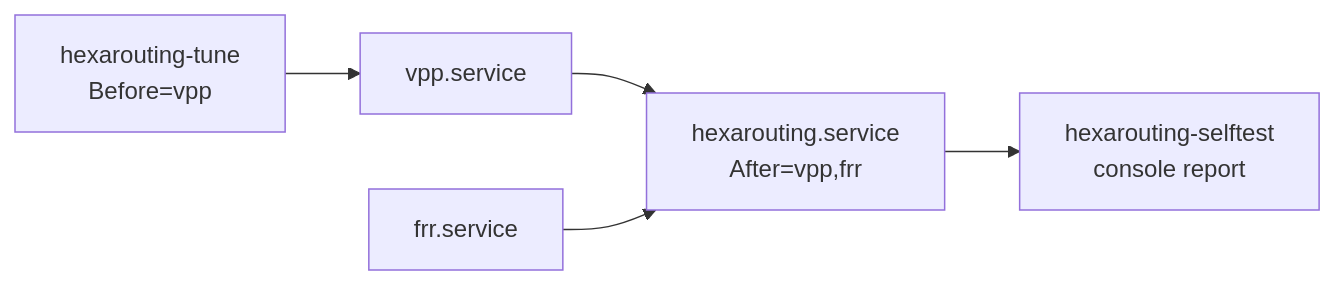
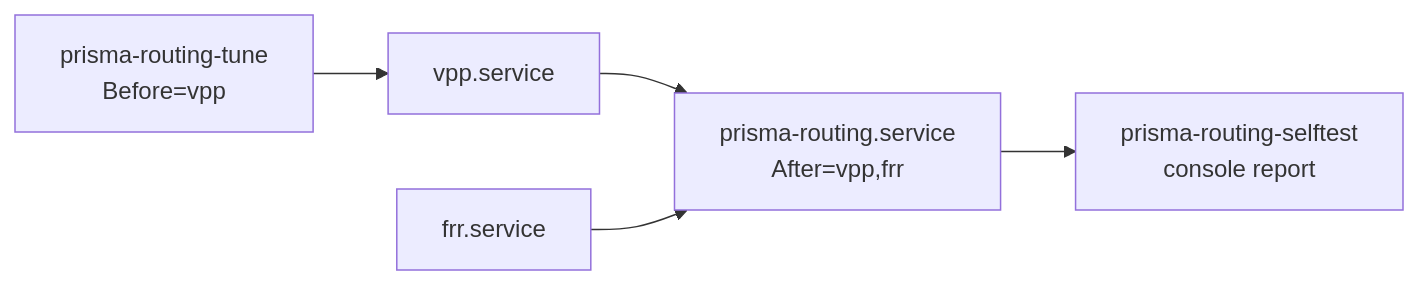
One commit to andrediashexa/prismarouting changed the second of 3 diagrams in docs/appliance.md. Above: the diagram before and after it, drawn with Mermaid. The commit also changed other lines of this file and 226 other files, not shown here.

````diff
--- a/docs/appliance.md
+++ b/docs/appliance.md
@@ -732,7 +732,7 @@
 ```mermaid
 flowchart LR
-    T["hexarouting-tune<br/>Before=vpp"] --> V["vpp.service"]
-    V --> H["hexarouting.service<br/>After=vpp,frr"]
+    T["prisma-routing-tune<br/>Before=vpp"] --> V["vpp.service"]
+    V --> H["prisma-routing.service<br/>After=vpp,frr"]
     F["frr.service"] --> H
-    H --> S["hexarouting-selftest<br/>console report"]
+    H --> S["prisma-routing-selftest<br/>console report"]
 ```
````
